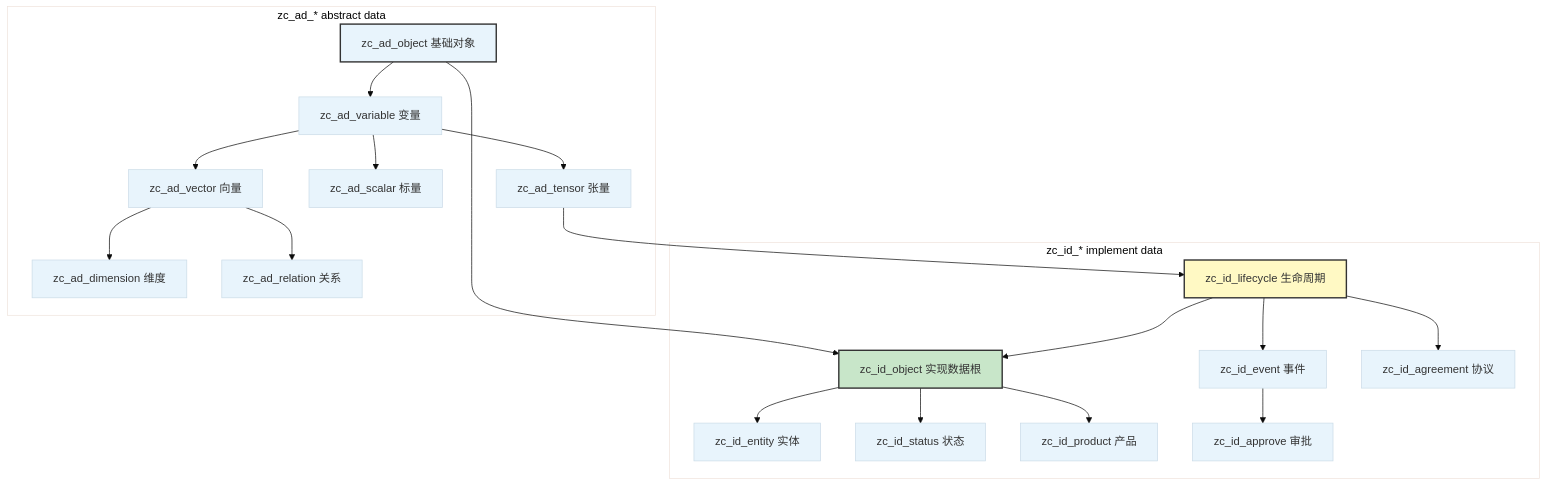
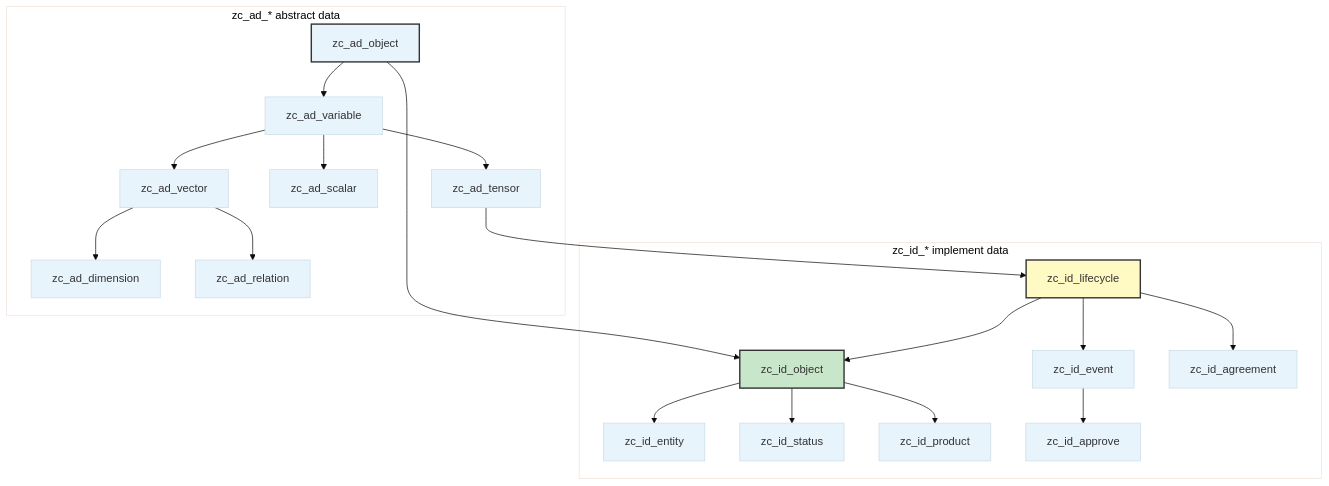
Before and after one commit to CosmicTools9/Alioth: the diagram in README.md, drawn with Mermaid. The commit also changed other lines of this file and 4 other files, not shown here.

````diff
--- a/README.md
+++ b/README.md
@@ -63,28 +57,28 @@
 ```mermaid
 %%{init: {'theme': 'base', 'themeVariables': { 'primaryColor': '#e8f4fc'}}}%%
 graph TD
-    subgraph 抽象类型层[zc_ad_* abstract data]
-        AD[zc_ad_object 基础对象] --> V[zc_ad_variable 变量]
-        V --> Vec[zc_ad_vector 向量]
-        V --> Sca[zc_ad_scalar 标量]
-        V --> Ten[zc_ad_tensor 张量]
-        Vec --> Dim[zc_ad_dimension 维度]
-        Vec --> Rel[zc_ad_relation 关系]
+    subgraph Abstract Layer[zc_ad_* abstract data]
+        AD[zc_ad_object] --> V[zc_ad_variable]
+        V --> Vec[zc_ad_vector]
+        V --> Sca[zc_ad_scalar]
+        V --> Ten[zc_ad_tensor]
+        Vec --> Dim[zc_ad_dimension]
+        Vec --> Rel[zc_ad_relation]
     end
 
-    subgraph 实现数据层[zc_id_* implement data]
-        AD --> IDO[zc_id_object 实现数据根]
-        IDO --> Entity[zc_id_entity 实体]
-        IDO --> Stat[zc_id_status 状态]
-        IDO --> Prod[zc_id_product 产品]
-        Ten --> LC[zc_id_lifecycle 生命周期]
+    subgraph Implement Layer[zc_id_* implement data]
+        AD --> IDO[zc_id_object]
+        IDO --> Entity[zc_id_entity]
+        IDO --> Stat[zc_id_status]
+        IDO --> Prod[zc_id_product]
+        Ten --> LC[zc_id_lifecycle]
         LC --> IDO
-        LC --> Evt[zc_id_event 事件]
-        LC --> Agr[zc_id_agreement 协议]
-        Evt --> Apv[zc_id_approve 审批]
+        LC --> Evt[zc_id_event]
+        LC --> Agr[zc_id_agreement]
+        Evt --> Apv[zc_id_approve]
     end
 
     style AD fill:#e8f4fc,stroke:#333,stroke-width:2px
     style IDO fill:#c8e6c9,stroke:#333,stroke-width:2px
     style LC fill:#fff9c4,stroke:#333,stroke-width:2px
 ```
````
